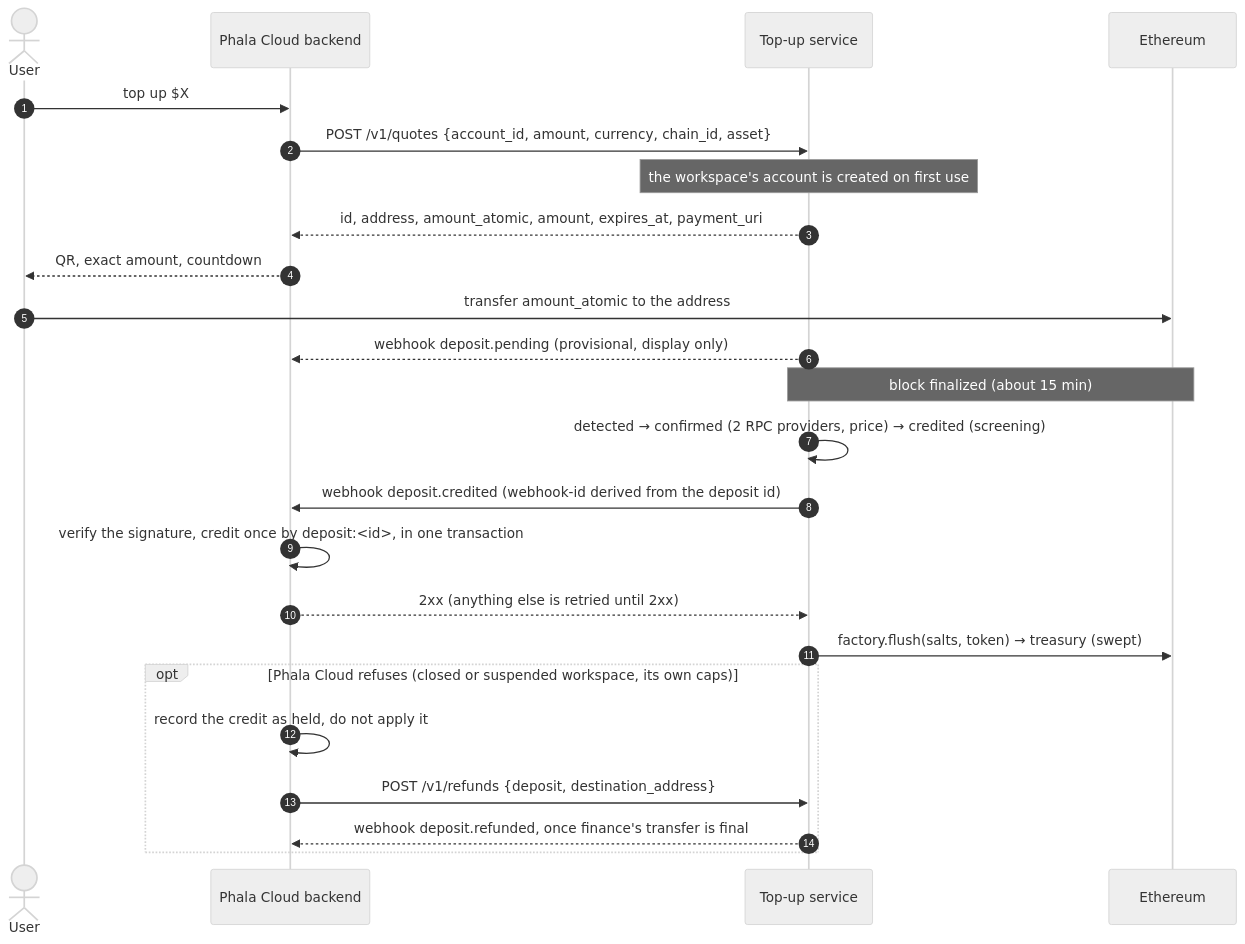
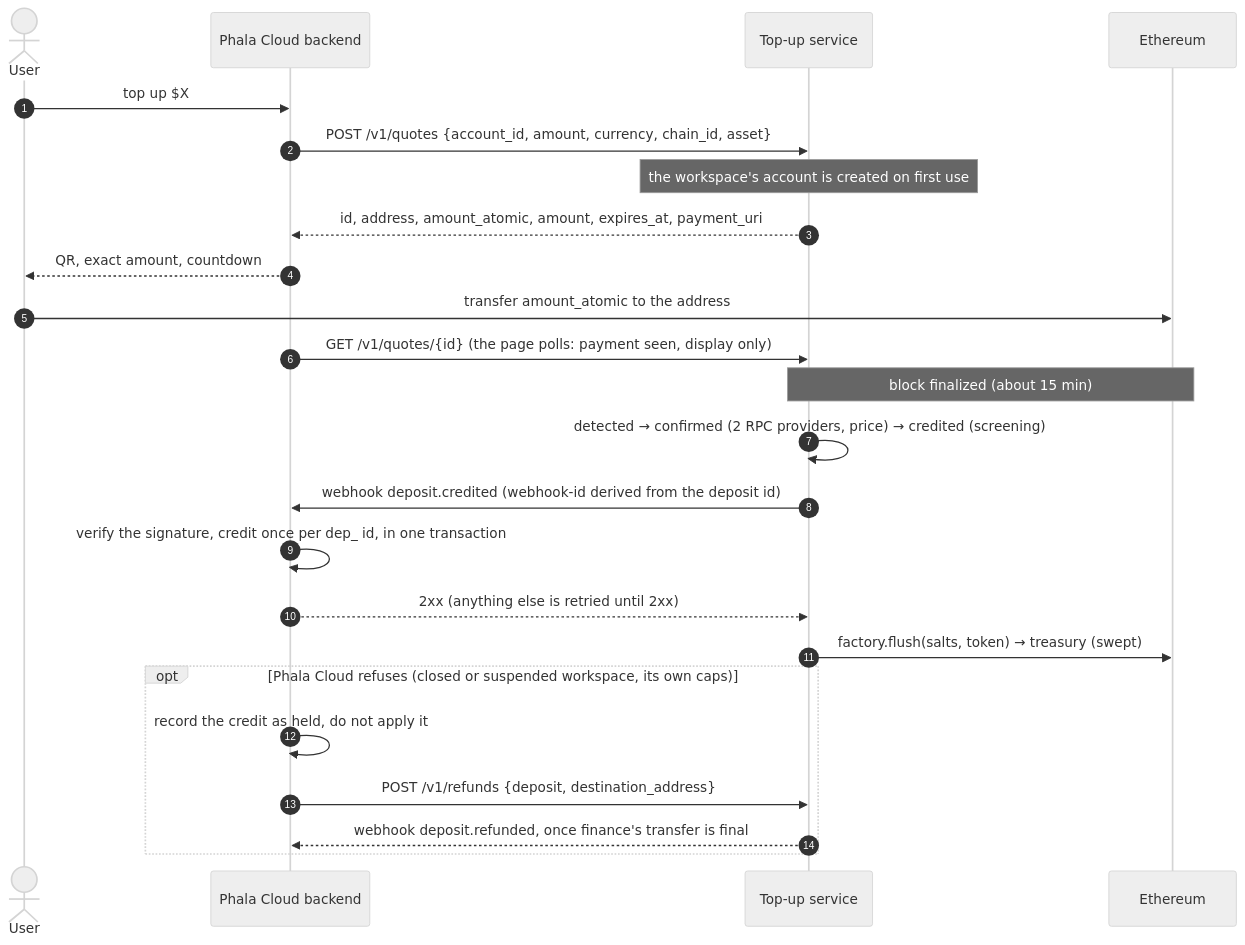
One commit to Phala-Network/crypto-topup-service changed the diagram in docs/integration.md. Above: the diagram before and after it, drawn with Mermaid (neutral theme). The commit also changed other lines of this file and 71 other files, not shown here.

````diff
--- a/docs/integration.md
+++ b/docs/integration.md
@@ -31,26 +31,26 @@
 ```mermaid
 sequenceDiagram
     autonumber
     actor User
     participant PC as Phala Cloud backend
     participant S as Top-up service
     participant ETH as Ethereum
     User->>PC: top up $X
     PC->>S: POST /v1/quotes {account_id, amount, currency, chain_id, asset}
     Note over S: the workspace's account is created on first use
     S-->>PC: id, address, amount_atomic, amount, expires_at, payment_uri
     PC-->>User: QR, exact amount, countdown
     User->>ETH: transfer amount_atomic to the address
-    S-->>PC: webhook deposit.pending (provisional, display only)
+    PC->>S: GET /v1/quotes/{id} (the page polls: payment seen, display only)
     Note over S,ETH: block finalized (about 15 min)
     S->>S: detected → confirmed (2 RPC providers, price) → credited (screening)
     S->>PC: webhook deposit.credited (webhook-id derived from the deposit id)
-    PC->>PC: verify the signature, credit once by deposit:<id>, in one transaction
+    PC->>PC: verify the signature, credit once per dep_ id, in one transaction
     PC-->>S: 2xx (anything else is retried until 2xx)
     S->>ETH: factory.flush(salts, token) → treasury (swept)
     opt Phala Cloud refuses (closed or suspended workspace, its own caps)
         PC->>PC: record the credit as held, do not apply it
         PC->>S: POST /v1/refunds {deposit, destination_address}
         S-->>PC: webhook deposit.refunded, once finance's transfer is final
     end
 ```
````
